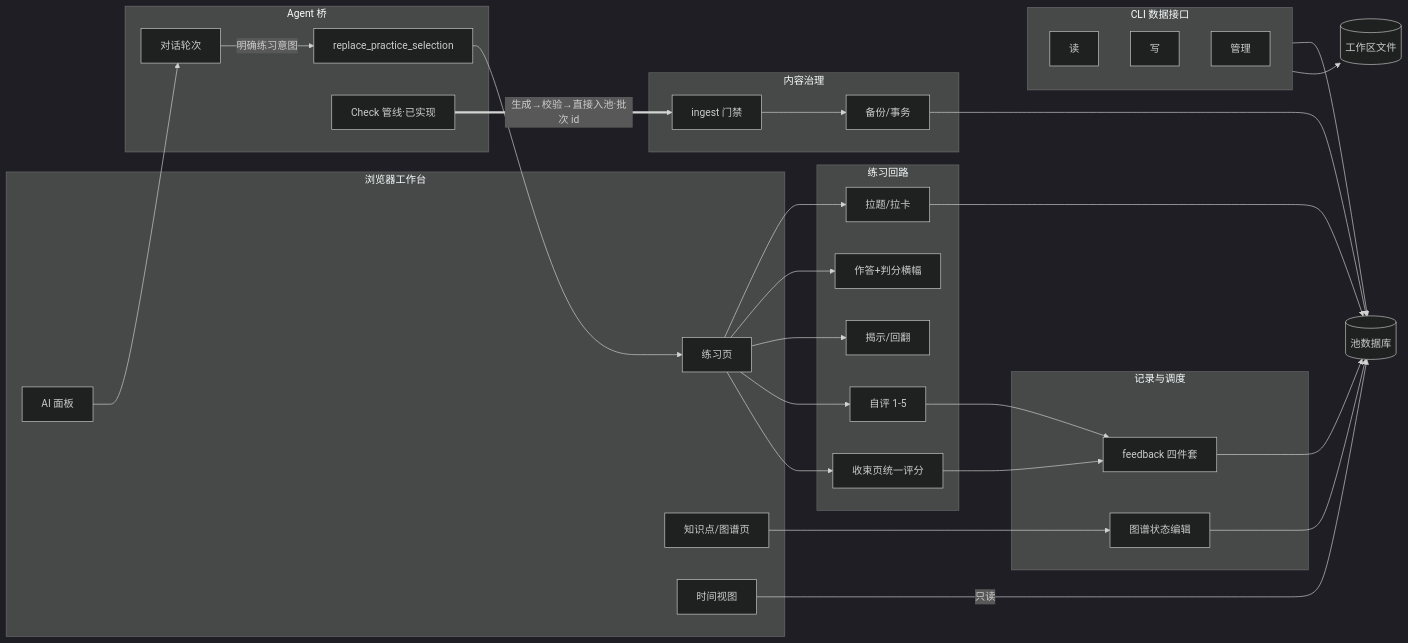
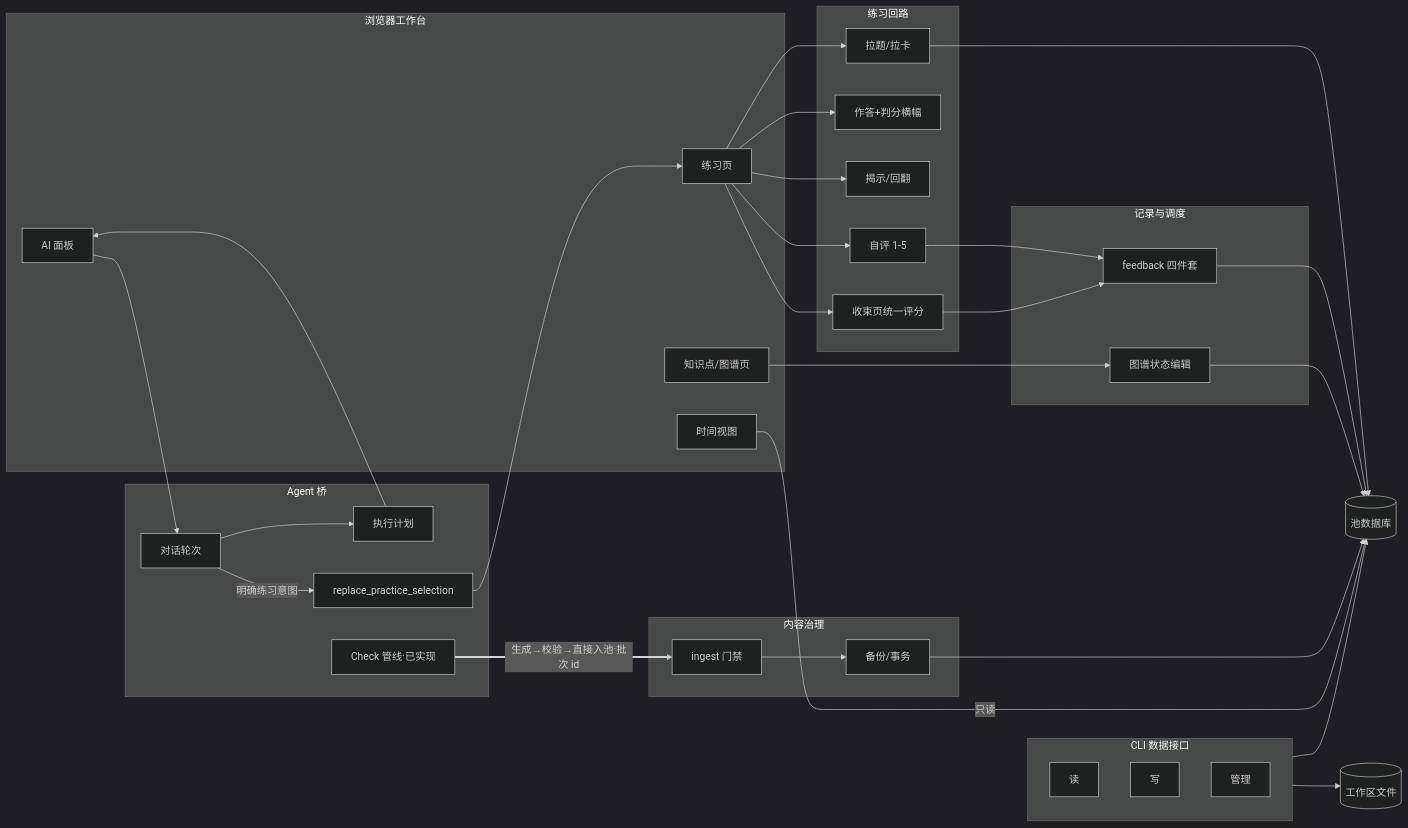
The diagram in docs/ACTION-GRAPH.md (Amazinnn/Lesson-Kit), drawn with Mermaid (dark theme) before and after one commit. The commit also changed other lines of this file and 18 other files, not shown here.

````diff
--- a/docs/ACTION-GRAPH.md
+++ b/docs/ACTION-GRAPH.md
@@ -33,46 +33,48 @@
 ```mermaid
 flowchart LR
   subgraph UI[浏览器工作台]
     P[练习页]
     K[知识点/图谱页]
     T[时间视图]
     A[AI 面板]
   end
   subgraph LOOP[练习回路]
     PULL[拉题/拉卡]
     ANS[作答+判分横幅]
     REV[揭示/回翻]
     RATE[自评 1-5]
     END[收束页统一评分]
   end
   subgraph REC[记录与调度]
     FB[feedback 四件套]
     GSTATE[图谱状态编辑]
   end
   subgraph GOV[内容治理]
     ING[ingest 门禁]
     BK[备份/事务]
   end
   subgraph BR[Agent 桥]
     CONV[对话轮次]
+    PLAN[执行计划]
     SEL[replace_practice_selection]
     CHK[Check 管线·已实现]
   end
   subgraph CLI[CLI 数据接口]
     Q[读]
     W[写]
     ADM[管理]
   end
   DB[(池数据库)]
   FS[(工作区文件)]
 
   P --> PULL & ANS & REV & RATE & END
   PULL --> DB
   RATE & END --> FB --> DB
   K --> GSTATE --> DB
   A --> CONV
+  CONV --> PLAN --> A
   CONV -->|明确练习意图| SEL --> P
   CHK ==>|生成→校验→直接入池·批次 id| ING --> BK --> DB
   CLI --> DB & FS
   T -->|只读| DB
 ```
````
